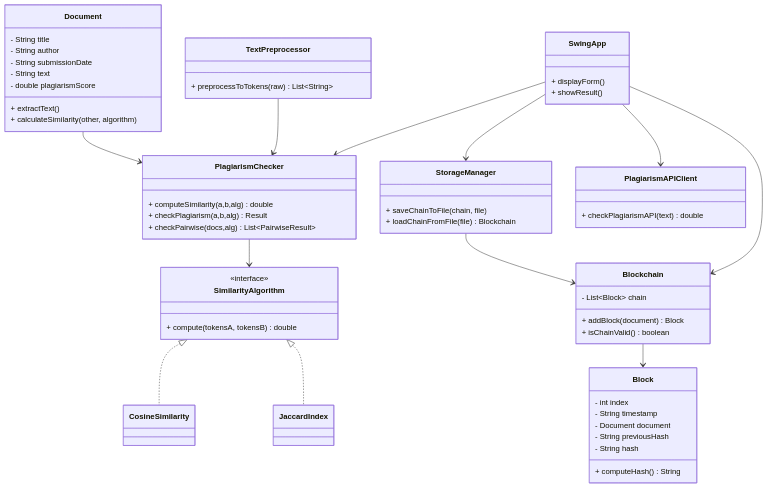
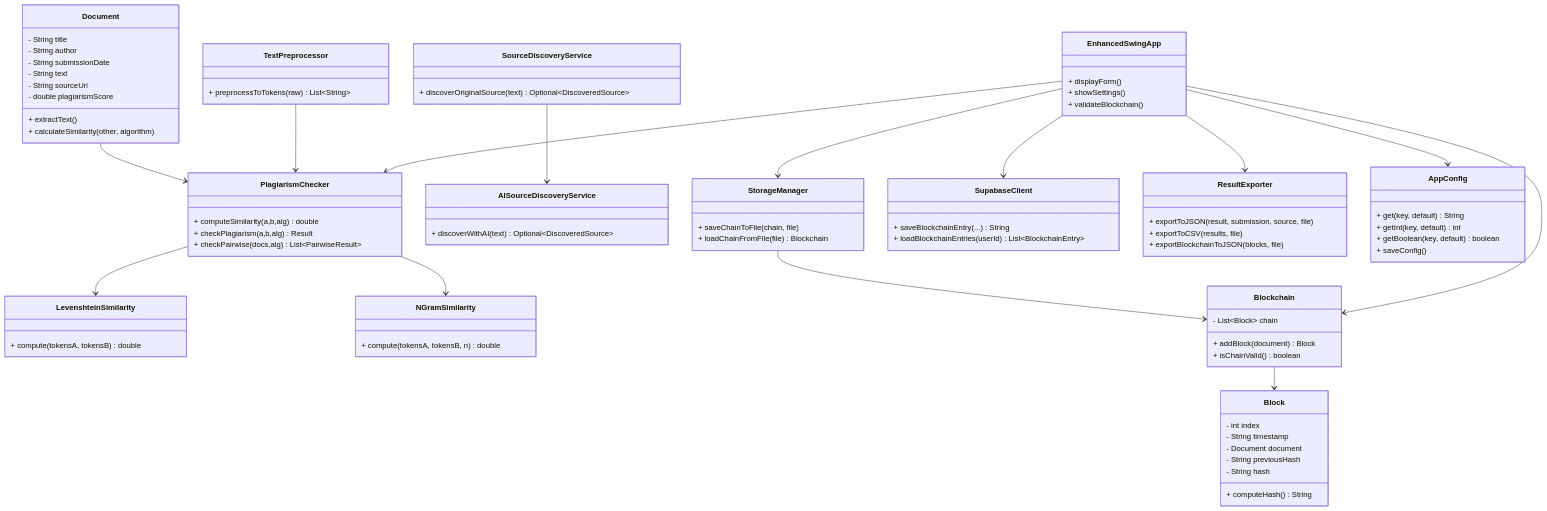
Before and after one commit to Mokshagnya-MR/Plagiarism-Project: the first of 2 diagrams in README.md, drawn with Mermaid. The commit also changed other lines of this file and 12 other files, not shown here.

````diff
--- a/README.md
+++ b/README.md
@@ -59,19 +221,11 @@
       - String author
       - String submissionDate
       - String text
+      - String sourceUrl
       - double plagiarismScore
       + extractText()
       + calculateSimilarity(other, algorithm)
     }
-
-    class SimilarityAlgorithm {
-      <<interface>>
-      + compute(tokensA, tokensB) double
-    }
-    class CosineSimilarity
-    class JaccardIndex
-    SimilarityAlgorithm <|.. CosineSimilarity
-    SimilarityAlgorithm <|.. JaccardIndex
 
     class TextPreprocessor {
       + preprocessToTokens(raw) List~String~
@@ -81,6 +235,22 @@
       + computeSimilarity(a,b,alg) double
       + checkPlagiarism(a,b,alg) Result
       + checkPairwise(docs,alg) List~PairwiseResult~
+    }
+
+    class LevenshteinSimilarity {
+      + compute(tokensA, tokensB) double
+    }
+
+    class NGramSimilarity {
+      + compute(tokensA, tokensB, n) double
+    }
+
+    class AISourceDiscoveryService {
+      + discoverWithAI(text) Optional~DiscoveredSource~
+    }
+
+    class SourceDiscoveryService {
+      + discoverOriginalSource(text) Optional~DiscoveredSource~
     }
 
     class Block {
@@ -103,22 +273,41 @@
       + loadChainFromFile(file) Blockchain
     }
 
-    class PlagiarismAPIClient {
-      + checkPlagiarismAPI(text) double
+    class SupabaseClient {
+      + saveBlockchainEntry(...) String
+      + loadBlockchainEntries(userId) List~BlockchainEntry~
     }
 
-    class SwingApp {
+    class ResultExporter {
+      + exportToJSON(result, submission, source, file)
+      + exportToCSV(results, file)
+      + exportBlockchainToJSON(blocks, file)
+    }
+
+    class AppConfig {
+      + get(key, default) String
+      + getInt(key, default) int
+      + getBoolean(key, default) boolean
+      + saveConfig()
+    }
+
+    class EnhancedSwingApp {
       + displayForm()
-      + showResult()
+      + showSettings()
+      + validateBlockchain()
     }
 
     Document --> PlagiarismChecker
     TextPreprocessor --> PlagiarismChecker
-    PlagiarismChecker --> SimilarityAlgorithm
+    PlagiarismChecker --> LevenshteinSimilarity
+    PlagiarismChecker --> NGramSimilarity
+    SourceDiscoveryService --> AISourceDiscoveryService
     Blockchain --> Block
     StorageManager --> Blockchain
-    SwingApp --> PlagiarismChecker
-    SwingApp --> Blockchain
-    SwingApp --> StorageManager
-    SwingApp --> PlagiarismAPIClient
+    EnhancedSwingApp --> PlagiarismChecker
+    EnhancedSwingApp --> Blockchain
+    EnhancedSwingApp --> StorageManager
+    EnhancedSwingApp --> SupabaseClient
+    EnhancedSwingApp --> ResultExporter
+    EnhancedSwingApp --> AppConfig
 ```
````
